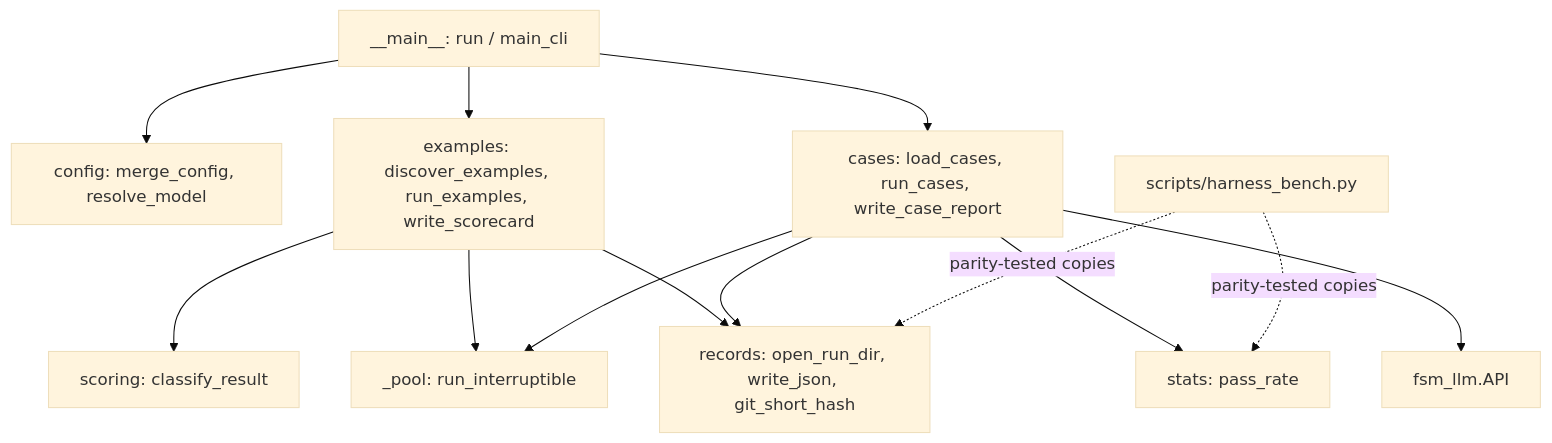
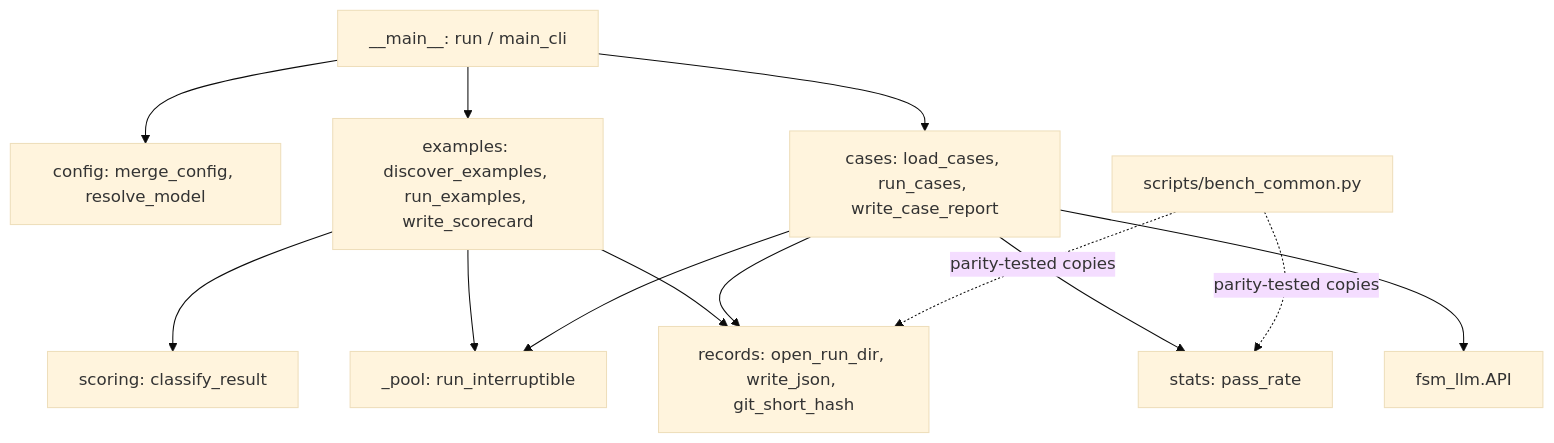
Before and after one commit to NikolasMarkou/fsm_llm: the diagram in src/fsm_llm/eval/AGENTS.md, drawn with Mermaid (base theme). The commit also changed other lines of this file and 9 other files, not shown here.

````diff
--- a/src/fsm_llm/eval/AGENTS.md
+++ b/src/fsm_llm/eval/AGENTS.md
@@ -19,15 +19,15 @@
 ```mermaid
 flowchart TD
     cli[__main__: run / main_cli] --> cfg[config: merge_config, resolve_model]
     cli --> ex[examples: discover_examples, run_examples, write_scorecard]
     cli --> cs[cases: load_cases, run_cases, write_case_report]
     ex --> sc[scoring: classify_result]
     ex --> pool[_pool: run_interruptible]
     cs --> pool
     ex --> rec[records: open_run_dir, write_json, git_short_hash]
     cs --> rec
     cs --> st[stats: pass_rate]
     cs --> api[fsm_llm.API]
-    hb[scripts/harness_bench.py] -. parity-tested copies .-> st
+    hb[scripts/bench_common.py] -. parity-tested copies .-> st
     hb -. parity-tested copies .-> rec
 ```
````
